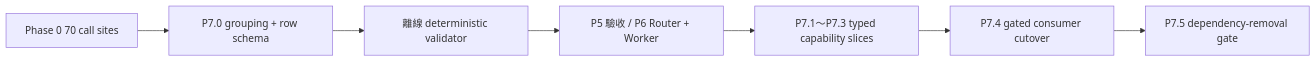
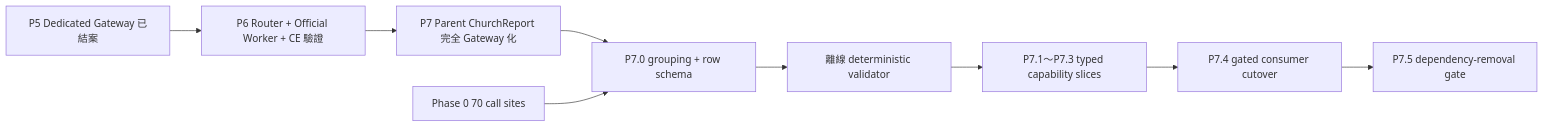
One commit to MengSung/SpeechMessageProducts changed the diagram in .trellis/tasks/08-05-gateway-capability-inventory/design.md. Above: the diagram before and after it, drawn with Mermaid. The commit also changed other lines of this file and 31 other files, not shown here.

````diff
--- a/.trellis/tasks/08-05-gateway-capability-inventory/design.md
+++ b/.trellis/tasks/08-05-gateway-capability-inventory/design.md
@@ -7,9 +7,11 @@
 ```mermaid
 flowchart LR
-    A["Phase 0 70 call sites"] --> B["P7.0 grouping + row schema"]
-    B --> C["離線 deterministic validator"]
-    C --> D["P5 驗收 / P6 Router + Worker"]
-    D --> E["P7.1～P7.3 typed capability slices"]
-    E --> F["P7.4 gated consumer cutover"]
-    F --> G["P7.5 dependency-removal gate"]
+    A["P5 Dedicated Gateway 已結案"] --> B["P6 Router + Official Worker + CE 驗證"]
+    B --> C["P7 Parent ChurchReport 完全 Gateway 化"]
+    C --> D["P7.0 grouping + row schema"]
+    P["Phase 0 70 call sites"] --> D
+    D --> E["離線 deterministic validator"]
+    E --> F["P7.1～P7.3 typed capability slices"]
+    F --> G["P7.4 gated consumer cutover"]
+    G --> H["P7.5 dependency-removal gate"]
 ```
````
